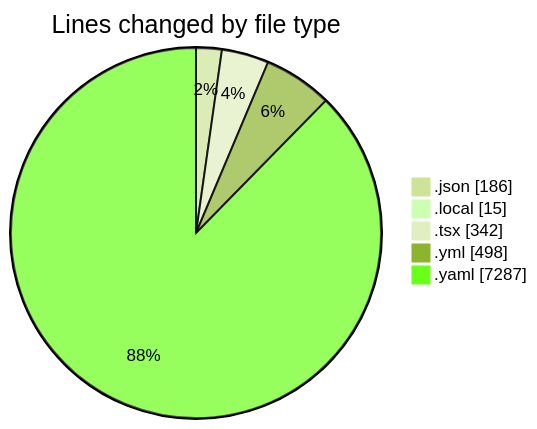
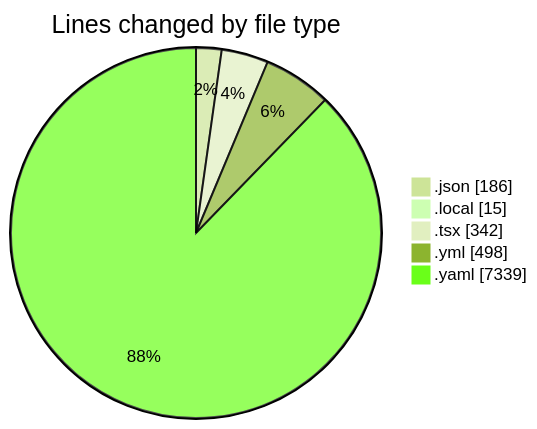
Before and after one commit to julien-gomy/code-tracking: the first of 2 diagrams in 2025-11-05/eventscop-frontend-guide__workspace_/README.md, drawn with Mermaid (forest theme). The commit also changed other lines of this file and 1 other file, not shown here.

````diff
--- a/2025-11-05/eventscop-frontend-guide__workspace_/README.md
+++ b/2025-11-05/eventscop-frontend-guide__workspace_/README.md
@@ -25,9 +25,9 @@
 ```mermaid
 pie showData
 title Lines changed by file type
 ".json" : 186
 ".local" : 15
 ".tsx" : 342
 ".yml" : 498
-".yaml" : 7287
+".yaml" : 7339
 ```
````
